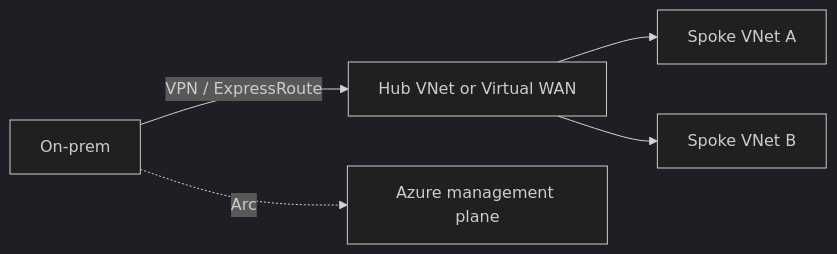
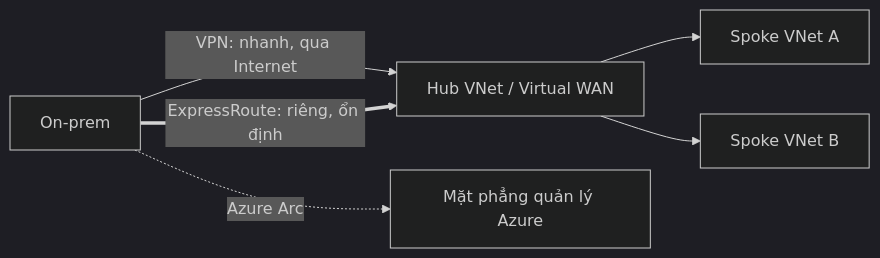
One commit to passion-Infinity/personal-tech-playbook changed the diagram in src/assets/knowledge/playbooks/azure/azure-hybrid-connectivity.md. Above: the diagram before and after it, drawn with Mermaid (dark theme). The commit also changed other lines of this file and 6 other files, not shown here.

````diff
--- a/src/assets/knowledge/playbooks/azure/azure-hybrid-connectivity.md
+++ b/src/assets/knowledge/playbooks/azure/azure-hybrid-connectivity.md
@@ -16,7 +32,8 @@
 ```mermaid
 flowchart LR
-    OP["On-prem"] -->|"VPN / ExpressRoute"| HUB["Hub VNet or Virtual WAN"]
+    OP["On-prem"] -->|"VPN: nhanh, qua Internet"| HUB["Hub VNet / Virtual WAN"]
+    OP ==>|"ExpressRoute: riêng, ổn định"| HUB
     HUB --> S1["Spoke VNet A"]
     HUB --> S2["Spoke VNet B"]
-    OP -.->|Arc| AZ["Azure management plane"]
+    OP -.->|"Azure Arc"| MP["Mặt phẳng quản lý Azure"]
 ```
````
